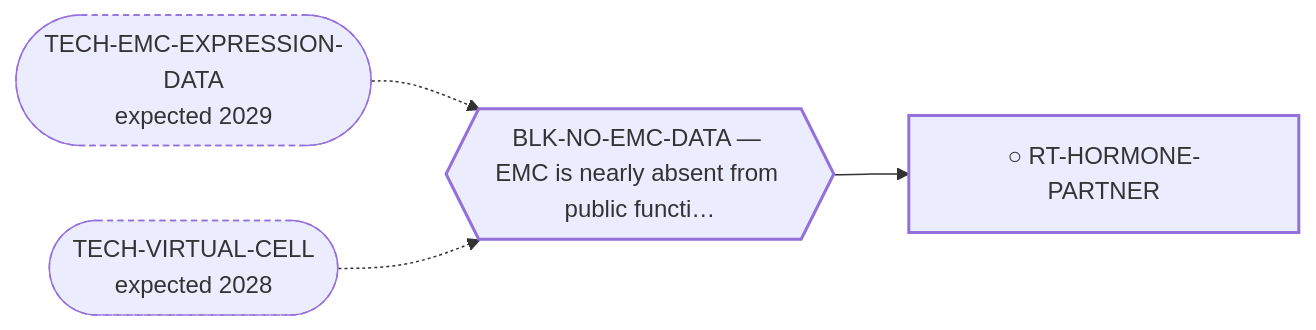
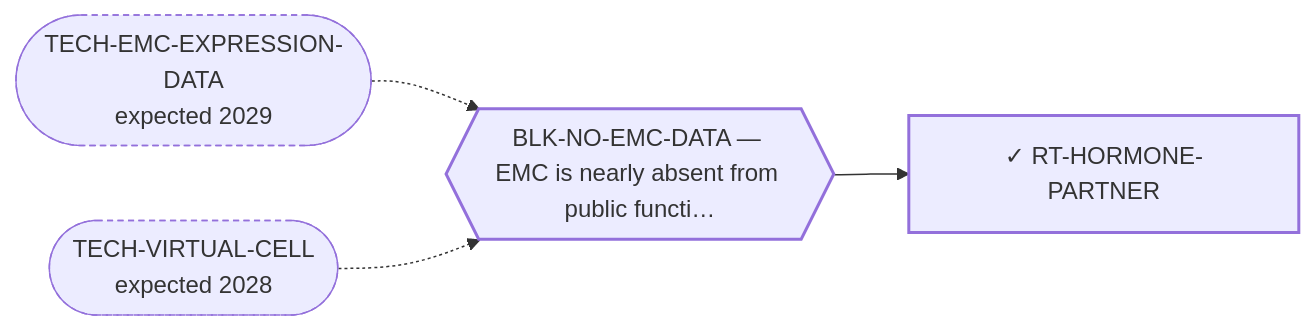
The diagram in systems/views/L2-rt-hormone-partner.md (trimcrae/Rare-cancers), drawn with Mermaid before and after one commit. The commit also changed other lines of this file and 28 other files, not shown here.

````diff
--- a/systems/views/L2-rt-hormone-partner.md
+++ b/systems/views/L2-rt-hormone-partner.md
@@ -27,14 +27,14 @@
 ```mermaid
 flowchart LR
-  RT_HORMONE_PARTNER["○ RT-HORMONE-PARTNER"]:::fam
+  RT_HORMONE_PARTNER["✓ RT-HORMONE-PARTNER"]:::fam
   BLK_NO_EMC_DATA{{"BLK-NO-EMC-DATA — EMC is nearly absent from public functi…"}}:::blk
   BLK_NO_EMC_DATA --> RT_HORMONE_PARTNER
   TECH_EMC_EXPRESSION_DATA(["TECH-EMC-EXPRESSION-DATA<br/>expected 2029"]):::tech
   TECH_EMC_EXPRESSION_DATA -.-> BLK_NO_EMC_DATA
   TECH_VIRTUAL_CELL(["TECH-VIRTUAL-CELL<br/>expected 2028"]):::tech
   TECH_VIRTUAL_CELL -.-> BLK_NO_EMC_DATA
   classDef fam stroke-width:2px;
   classDef blk stroke-width:2px;
   classDef perm stroke-width:4px;
   classDef tech stroke-width:1px,stroke-dasharray:4 3;
 ```
````
